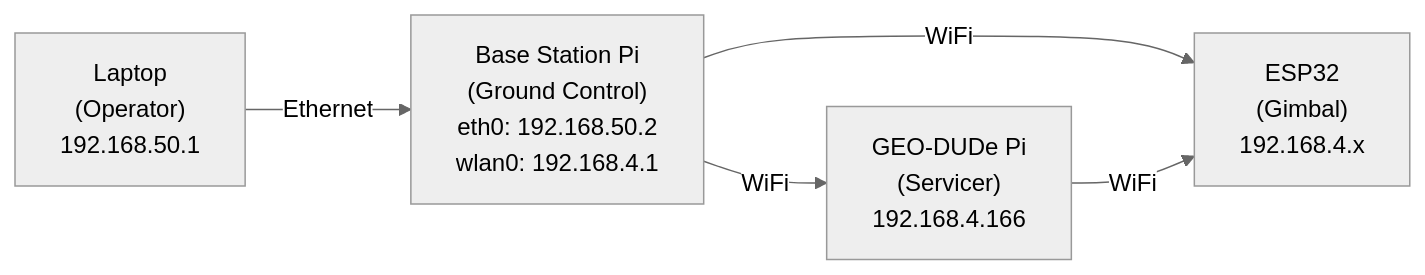
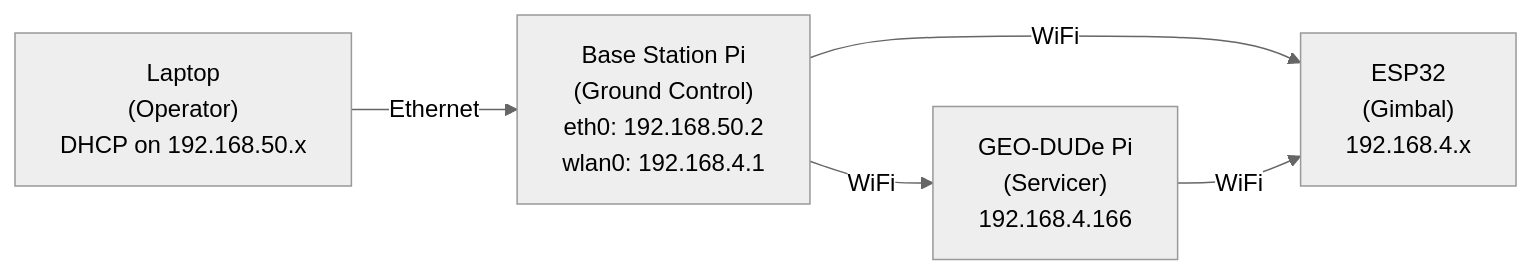
One commit to zeulewan/geodude-control changed the diagram in site/docs/electrical/basestation/index.md. Above: the diagram before and after it, drawn with Mermaid (neutral theme). The commit also changed other lines of this file and 1 other file, not shown here.

Commit message:
Update basestation docs for DHCP and IP-only access

````diff
--- a/site/docs/electrical/basestation/index.md
+++ b/site/docs/electrical/basestation/index.md
@@ -81,7 +83,7 @@
 ```mermaid
 graph LR
-    LAPTOP["Laptop<br/>(Operator)<br/>192.168.50.1"] -->|Ethernet| BASEPI["Base Station Pi<br/>(Ground Control)<br/>eth0: 192.168.50.2<br/>wlan0: 192.168.4.1"]
+    LAPTOP["Laptop<br/>(Operator)<br/>DHCP on 192.168.50.x"] -->|Ethernet| BASEPI["Base Station Pi<br/>(Ground Control)<br/>eth0: 192.168.50.2<br/>wlan0: 192.168.4.1"]
     BASEPI -->|WiFi| GEOPI["GEO-DUDe Pi<br/>(Servicer)<br/>192.168.4.166"]
     BASEPI -->|WiFi| ESP["ESP32<br/>(Gimbal)<br/>192.168.4.x"]
     GEOPI -->|WiFi| ESP
 ```
````
